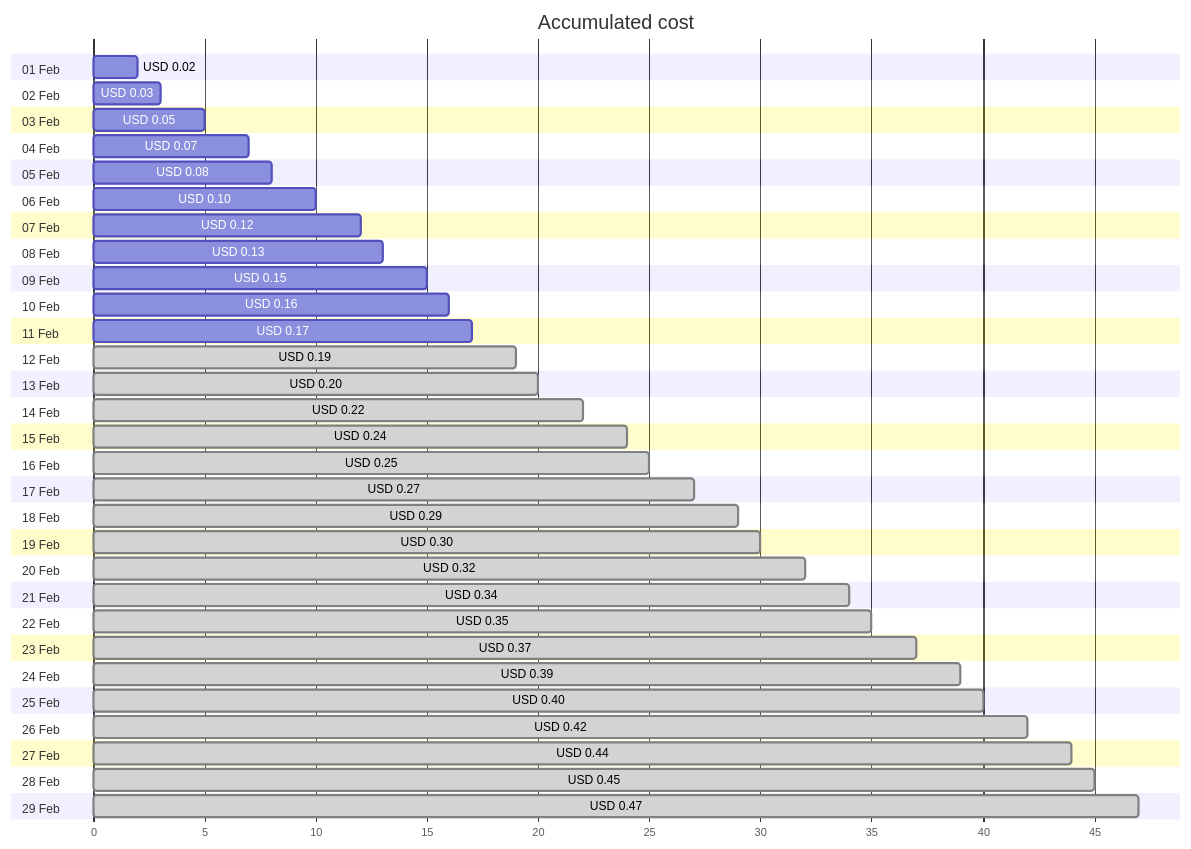
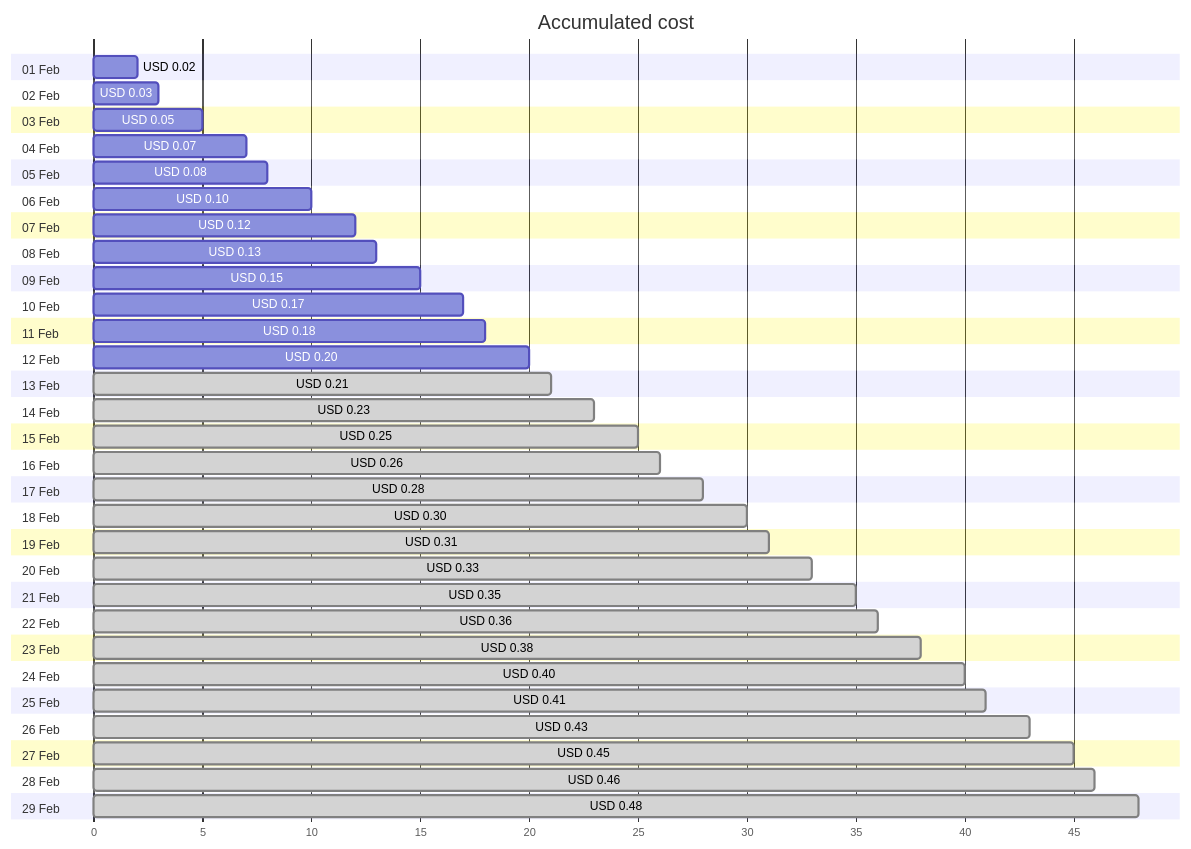
The first of 4 diagrams in cost-reports/personal-dns/jpatrickfulton.dev.md (jpfulton/azure-personal-reports), drawn with Mermaid before and after one commit. The commit also changed other lines of this file and 2 other files, not shown here.

Commit message:
Generated reports [skip ci]

````diff
--- a/cost-reports/personal-dns/jpatrickfulton.dev.md
+++ b/cost-reports/personal-dns/jpatrickfulton.dev.md
@@ -20,64 +20,64 @@
 ```mermaid
 gantt
    title Accumulated cost
    dateFormat  X
    axisFormat %s
    section 01 Feb
    USD 0.02 :0, 2
    section 02 Feb
    USD 0.03 :0, 3
    section 03 Feb
    USD 0.05 :0, 5
    section 04 Feb
    USD 0.07 :0, 7
    section 05 Feb
    USD 0.08 :0, 8
    section 06 Feb
    USD 0.10 :0, 10
    section 07 Feb
    USD 0.12 :0, 12
    section 08 Feb
    USD 0.13 :0, 13
    section 09 Feb
    USD 0.15 :0, 15
    section 10 Feb
-   USD 0.16 :0, 16
+   USD 0.17 :0, 17
    section 11 Feb
-   USD 0.17 :0, 17
+   USD 0.18 :0, 18
    section 12 Feb
-   USD 0.19 : done, 0, 19
+   USD 0.20 :0, 20
    section 13 Feb
-   USD 0.20 : done, 0, 20
+   USD 0.21 : done, 0, 21
    section 14 Feb
-   USD 0.22 : done, 0, 22
+   USD 0.23 : done, 0, 23
    section 15 Feb
-   USD 0.24 : done, 0, 24
+   USD 0.25 : done, 0, 25
    section 16 Feb
-   USD 0.25 : done, 0, 25
+   USD 0.26 : done, 0, 26
    section 17 Feb
-   USD 0.27 : done, 0, 27
+   USD 0.28 : done, 0, 28
    section 18 Feb
-   USD 0.29 : done, 0, 29
+   USD 0.30 : done, 0, 30
    section 19 Feb
-   USD 0.30 : done, 0, 30
+   USD 0.31 : done, 0, 31
    section 20 Feb
-   USD 0.32 : done, 0, 32
+   USD 0.33 : done, 0, 33
    section 21 Feb
-   USD 0.34 : done, 0, 34
+   USD 0.35 : done, 0, 35
    section 22 Feb
-   USD 0.35 : done, 0, 35
+   USD 0.36 : done, 0, 36
    section 23 Feb
-   USD 0.37 : done, 0, 37
+   USD 0.38 : done, 0, 38
    section 24 Feb
-   USD 0.39 : done, 0, 39
+   USD 0.40 : done, 0, 40
    section 25 Feb
-   USD 0.40 : done, 0, 40
+   USD 0.41 : done, 0, 41
    section 26 Feb
-   USD 0.42 : done, 0, 42
+   USD 0.43 : done, 0, 43
    section 27 Feb
-   USD 0.44 : done, 0, 44
+   USD 0.45 : done, 0, 45
    section 28 Feb
-   USD 0.45 : done, 0, 45
+   USD 0.46 : done, 0, 46
    section 29 Feb
-   USD 0.47 : done, 0, 47
+   USD 0.48 : done, 0, 48
 ```
````
